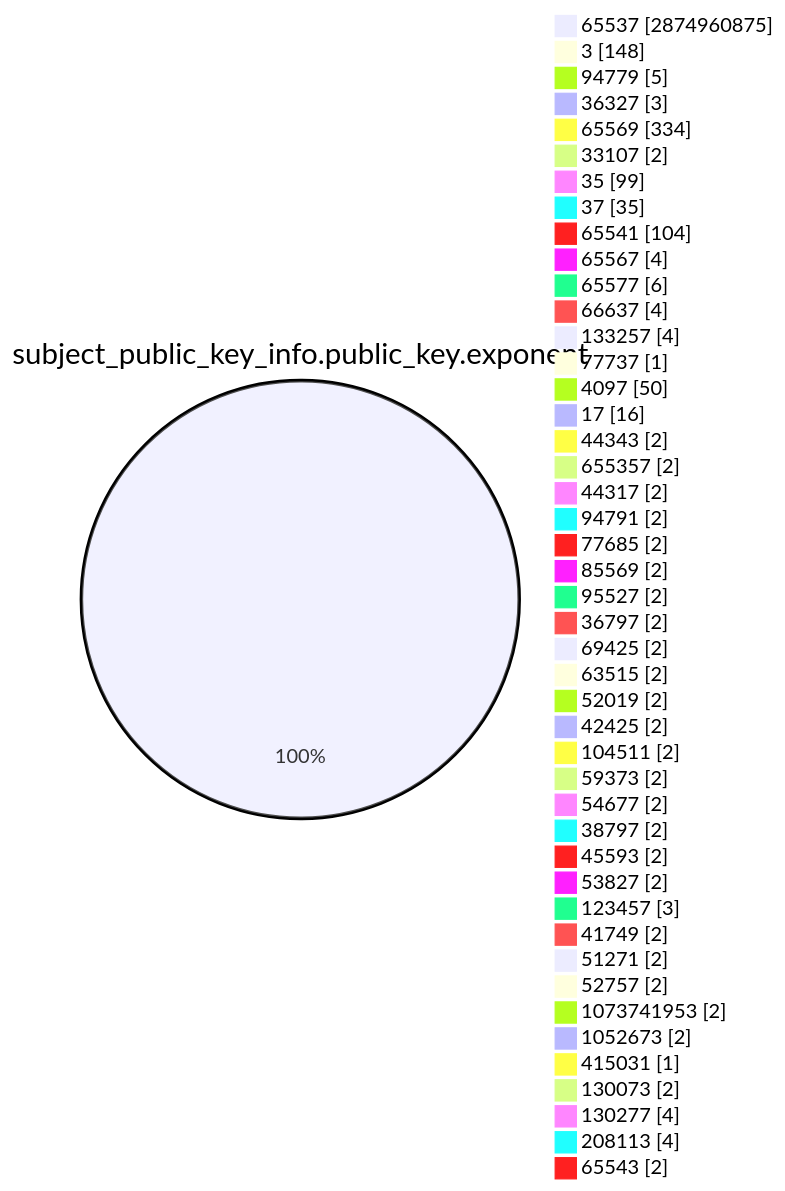
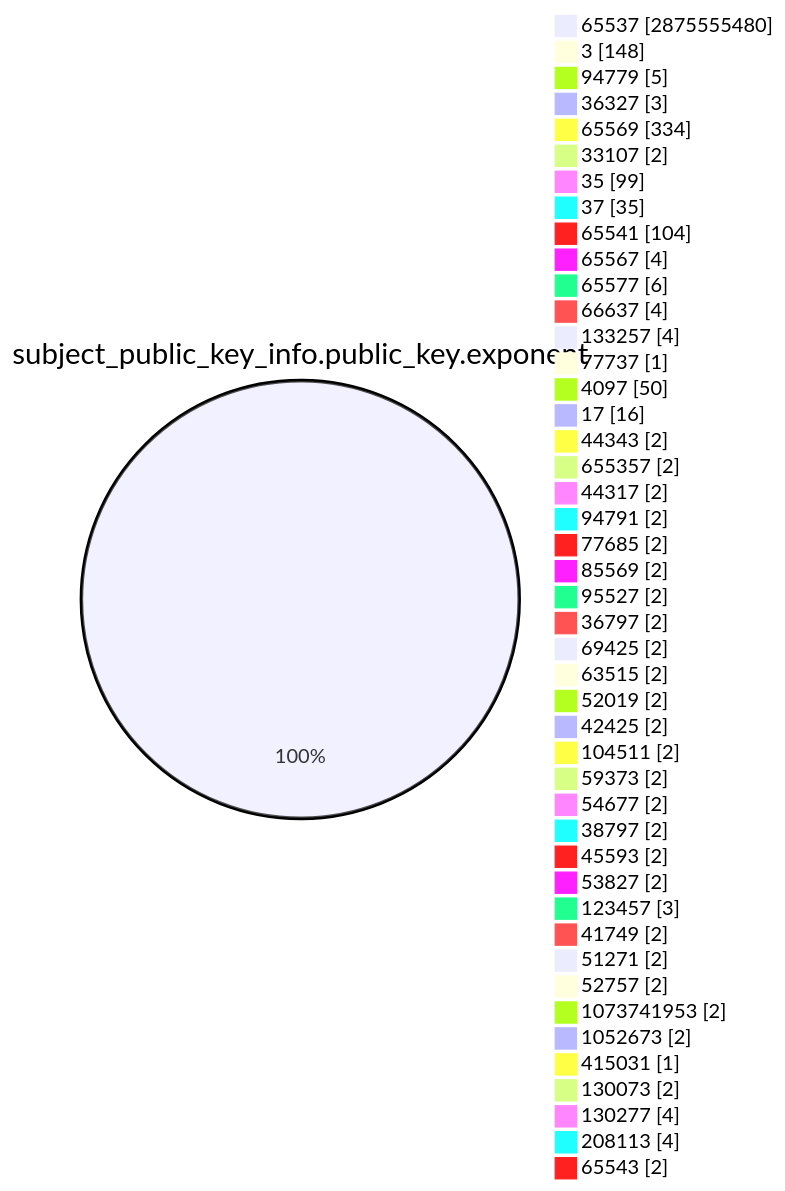
One commit to christiankrug/ctmonitor_visualization changed the fourth of 15 diagrams in TOTAL/README.md. Above: the diagram before and after it, drawn with Mermaid. The commit also changed other lines of this file, not shown here.

````diff
--- a/TOTAL/README.md
+++ b/TOTAL/README.md
@@ -1468,49 +1468,49 @@
 ```mermaid
 pie showData
 title subject_public_key_info.public_key.exponent
-"65537" :2874960875
+"65537" :2875555480
 "3" :148
 "94779" :5
 "36327" :3
 "65569" :334
 "33107" :2
 "35" :99
 "37" :35
 "65541" :104
 "65567" :4
 "65577" :6
 "66637" :4
 "133257" :4
 "77737" :1
 "4097" :50
 "17" :16
 "44343" :2
 "655357" :2
 "44317" :2
 "94791" :2
 "77685" :2
 "85569" :2
 "95527" :2
 "36797" :2
 "69425" :2
 "63515" :2
 "52019" :2
 "42425" :2
 "104511" :2
 "59373" :2
 "54677" :2
 "38797" :2
 "45593" :2
 "53827" :2
 "123457" :3
 "41749" :2
 "51271" :2
 "52757" :2
 "1073741953" :2
 "1052673" :2
 "415031" :1
 "130073" :2
 "130277" :4
 "208113" :4
 "65543" :2
 ```
````
